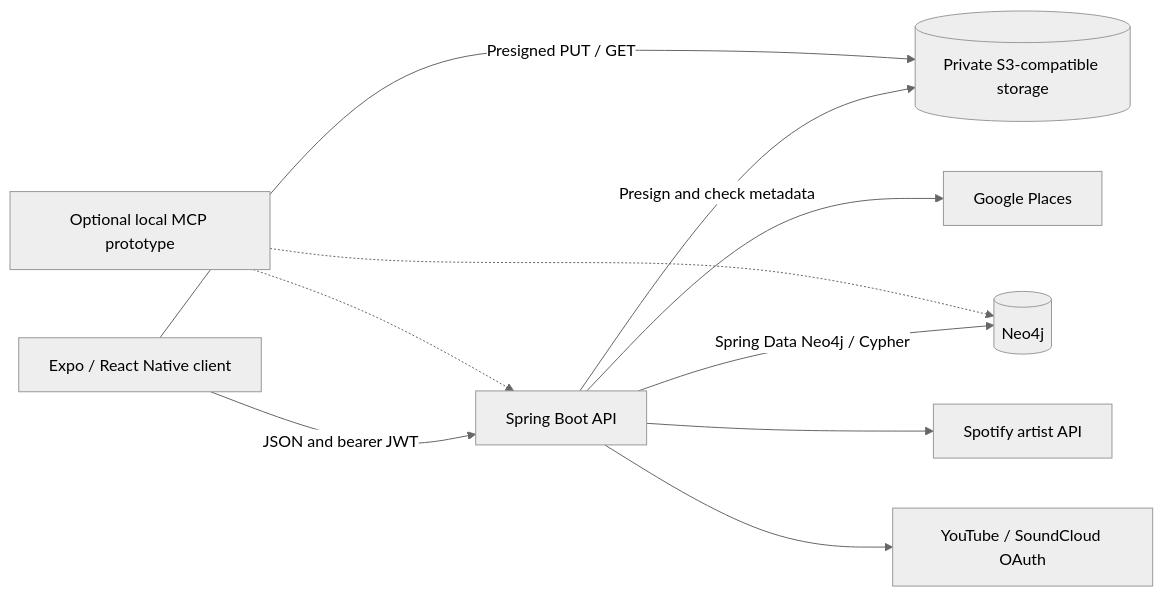
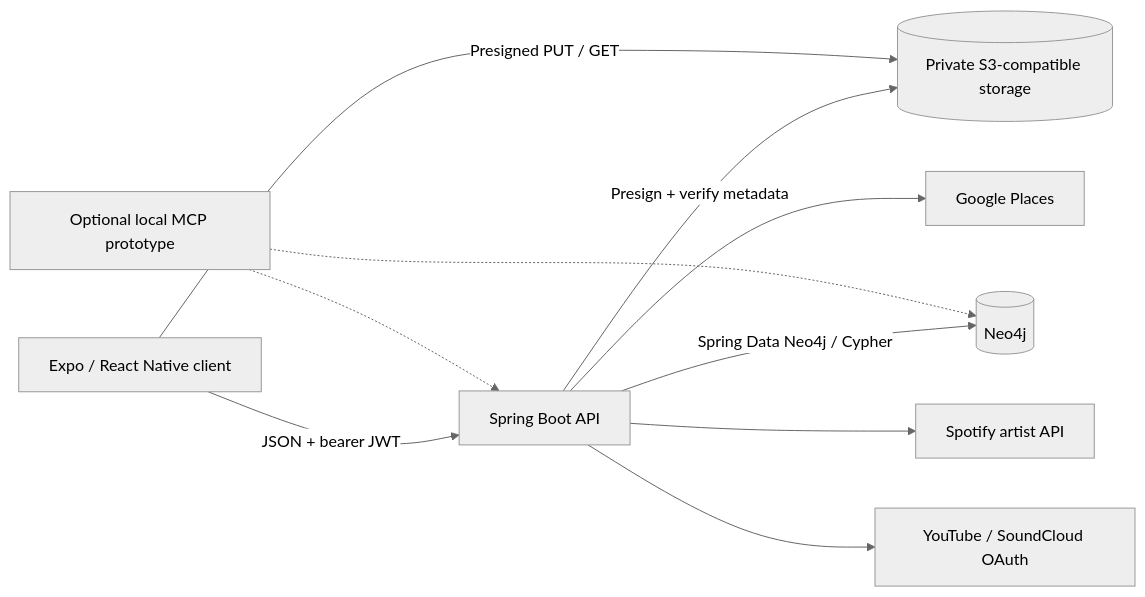
The diagram in docs/ARCHITECTURE.md (AbslanLaverde/MVPConnect), drawn with Mermaid (neutral theme) before and after one commit. The commit also changed other lines of this file and 3 other files, not shown here.

````diff
--- a/docs/ARCHITECTURE.md
+++ b/docs/ARCHITECTURE.md
@@ -7,12 +7,12 @@
 ```mermaid
 flowchart LR
-    App[Expo / React Native client] -->|JSON and bearer JWT| API[Spring Boot API]
+    App[Expo / React Native client] -->|JSON + bearer JWT| API[Spring Boot API]
     API -->|Spring Data Neo4j / Cypher| Graph[(Neo4j)]
-    API -->|Presign and check metadata| Storage[(Private S3-compatible storage)]
+    API -->|Presign + verify metadata| Storage[(Private S3-compatible storage)]
     App -->|Presigned PUT / GET| Storage
     API --> Places[Google Places]
     API --> Spotify[Spotify artist API]
     API --> OAuth[YouTube / SoundCloud OAuth]
     MCP[Optional local MCP prototype] -.-> Graph
     MCP -.-> API
 ```
````
